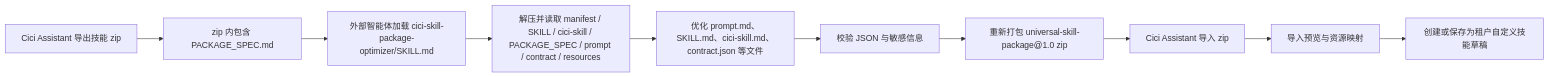
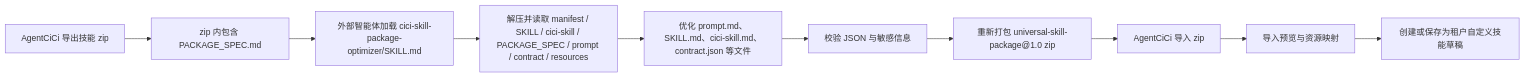
Before and after one commit to OlivierZEN/AgentCiCi: the diagram in docs/specs/FEAT-016-external-agent-skill-package-optimization.md, drawn with Mermaid. The commit also changed other lines of this file and 150 other files, not shown here.

````diff
--- a/docs/specs/FEAT-016-external-agent-skill-package-optimization.md
+++ b/docs/specs/FEAT-016-external-agent-skill-package-optimization.md
@@ -213,12 +213,12 @@
 ```mermaid
 flowchart LR
-  A["Cici Assistant 导出技能 zip"] --> B["zip 内包含 PACKAGE_SPEC.md"]
+  A["AgentCiCi 导出技能 zip"] --> B["zip 内包含 PACKAGE_SPEC.md"]
   B --> C["外部智能体加载 cici-skill-package-optimizer/SKILL.md"]
   C --> D["解压并读取 manifest / SKILL / cici-skill / PACKAGE_SPEC / prompt / contract / resources"]
   D --> E["优化 prompt.md、SKILL.md、cici-skill.md、contract.json 等文件"]
   E --> F["校验 JSON 与敏感信息"]
   F --> G["重新打包 universal-skill-package@1.0 zip"]
-  G --> H["Cici Assistant 导入 zip"]
+  G --> H["AgentCiCi 导入 zip"]
   H --> I["导入预览与资源映射"]
   I --> J["创建或保存为租户自定义技能草稿"]
 ```
````
